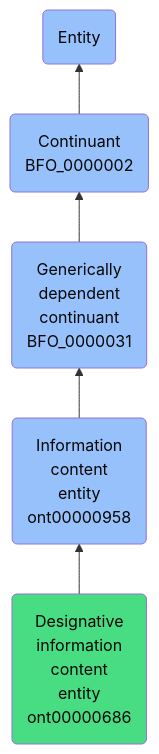
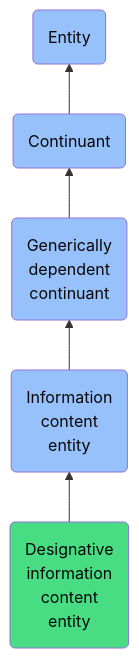
Before and after one commit to jupyter-naas/abi: the diagram in docs/ontology/reference/model/Entity/Continuant/Generically dependent continuant/Information content entity/Designative information content entity/Designative information content entity.md, drawn with Mermaid. The commit also changed other lines of this file and 1430 other files, not shown here.

````diff
--- a/docs/ontology/reference/model/Entity/Continuant/Generically dependent continuant/Information content entity/Designative information content entity/Designative information content entity.md
+++ b/docs/ontology/reference/model/Entity/Continuant/Generically dependent continuant/Information content entity/Designative information content entity/Designative information content entity.md
@@ -24,12 +24,12 @@
 ```mermaid
 graph BT
-    ont00000686(Designative<br>information<br>content<br>entity<br>ont00000686):::ABI-->ont00000958
-    ont00000958(Information<br>content<br>entity<br>ont00000958):::BFO-->BFO_0000031
-    BFO_0000031(Generically<br>dependent<br>continuant<br>BFO_0000031):::BFO-->BFO_0000002
-    BFO_0000002(Continuant<br>BFO_0000002):::BFO-->BFO_0000001
+    ont00000686(Designative<br>information<br>content<br>entity):::ABI-->ont00000958
+    ont00000958(Information<br>content<br>entity):::BFO-->BFO_0000031
+    BFO_0000031(Generically<br>dependent<br>continuant):::BFO-->BFO_0000002
+    BFO_0000002(Continuant):::BFO-->BFO_0000001
     BFO_0000001(Entity):::BFO
     
     classDef BFO fill:#97c1fb,color:#060606
     classDef CCO fill:#e4c51e,color:#060606
     classDef ABI fill:#48DD82,color:#060606
 ```
````
